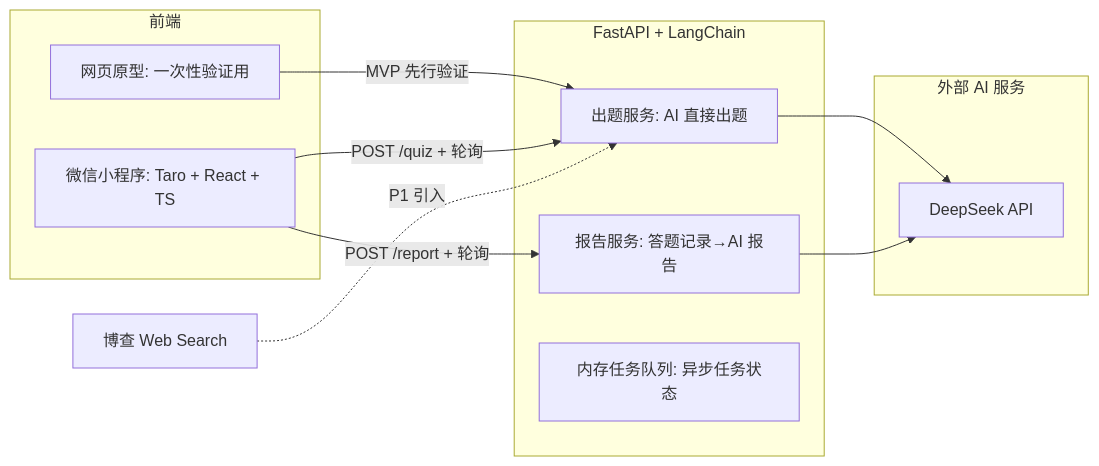
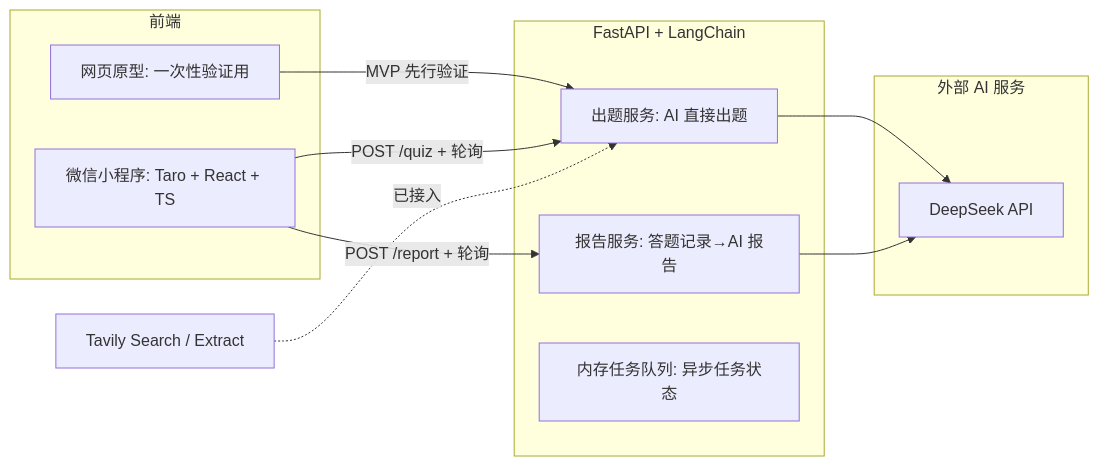
The first of 3 diagrams in docs/方案设计文档.md (fo11ow-me/ai-learn), drawn with Mermaid before and after one commit. The commit also changed other lines of this file and 3 other files, not shown here.

Commit message:
docs: 同步日志可观测性设计（5.5）与检索决策实现，原型补登录/金币/折线图/混合输入

````diff
--- a/docs/方案设计文档.md
+++ b/docs/方案设计文档.md
@@ -230,21 +230,21 @@
 ```mermaid
 graph LR
     subgraph 前端 [前端]
         W1[网页原型: 一次性验证用]
         W2[微信小程序: Taro + React + TS]
     end
     subgraph 后端 [FastAPI + LangChain]
         A1[出题服务: AI 直接出题]
         A2[报告服务: 答题记录→AI 报告]
         A3[内存任务队列: 异步任务状态]
     end
     subgraph 外部 [外部 AI 服务]
         S2[DeepSeek API]
     end
     W1 -->|MVP 先行验证| A1
     W2 -->|POST /quiz + 轮询| A1
     W2 -->|POST /report + 轮询| A2
     A1 --> S2
     A2 --> S2
-    S1[博查 Web Search] -. P1 引入 .-> A1
+    S1[Tavily Search / Extract] -. 已接入 .-> A1
 ```
````
